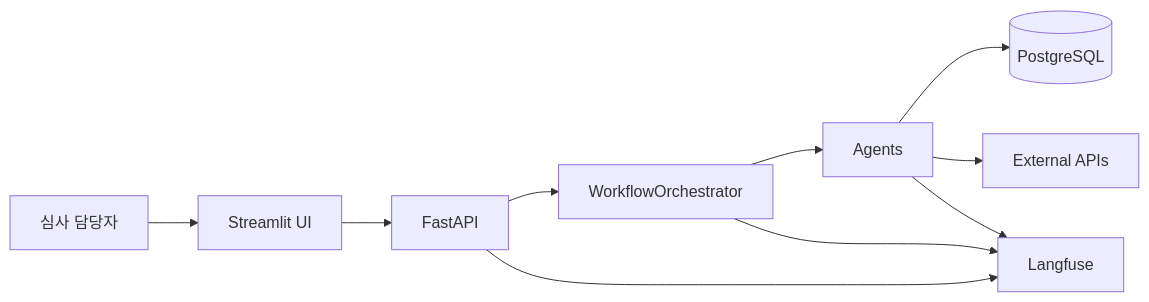
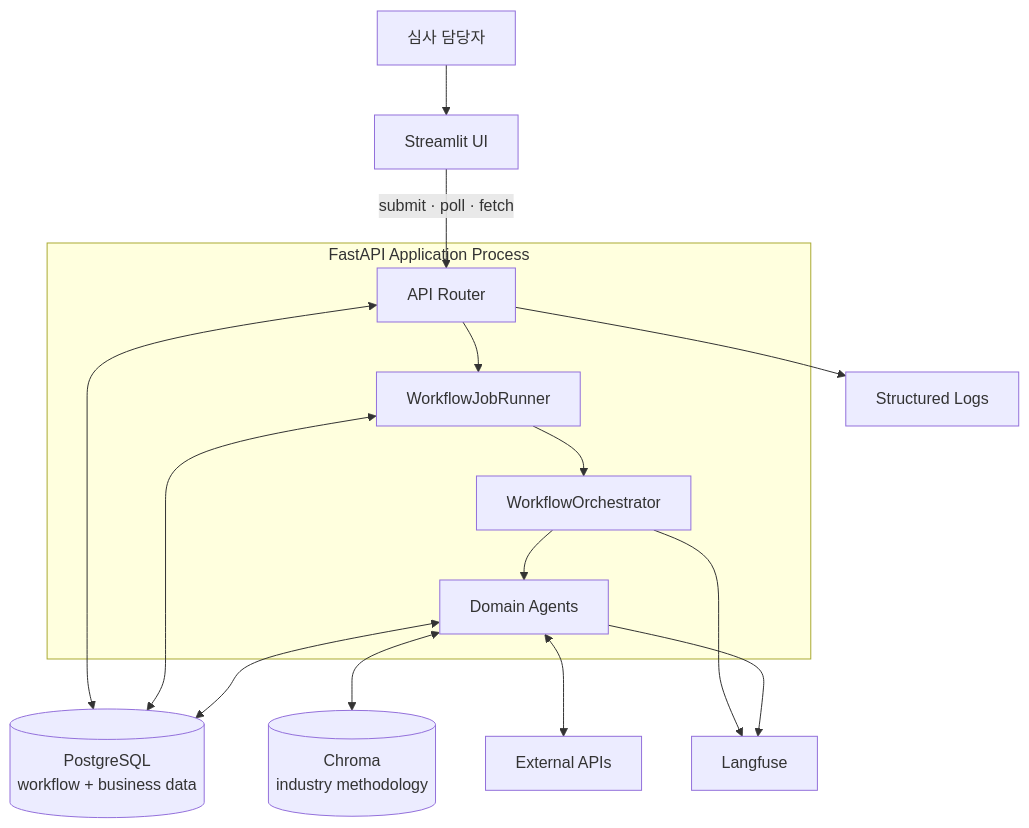
One commit to hypoxisaurea/FinAgent-SME changed the diagram in docs/design/component-design.md. Above: the diagram before and after it, drawn with Mermaid. The commit also changed other lines of this file and 6 other files, not shown here.

````diff
--- a/docs/design/component-design.md
+++ b/docs/design/component-design.md
@@ -14,21 +14,23 @@
 ```mermaid
-flowchart LR
-    User[심사 담당자]
-    UI[Streamlit UI]
-    API[FastAPI]
-    ORCH[WorkflowOrchestrator]
-    AGENTS[Agents]
-    DATA[(PostgreSQL)]
-    EXT[External APIs]
-    OBS[Langfuse]
+flowchart TB
+    User[심사 담당자] --> UI[Streamlit UI]
 
-    User --> UI
-    UI --> API
-    API --> ORCH
-    ORCH --> AGENTS
-    AGENTS --> DATA
-    AGENTS --> EXT
-    API --> OBS
-    ORCH --> OBS
-    AGENTS --> OBS
+    subgraph App[FastAPI Application Process]
+        API[API Router]
+        Runner[WorkflowJobRunner]
+        ORCH[WorkflowOrchestrator]
+        AGENTS[Domain Agents]
+        API --> Runner
+        Runner --> ORCH --> AGENTS
+    end
+
+    UI -->|submit · poll · fetch| API
+    API <--> DATA[(PostgreSQL\nworkflow + business data)]
+    Runner <--> DATA
+    AGENTS <--> DATA
+    AGENTS <--> VECTOR[(Chroma\nindustry methodology)]
+    AGENTS <--> EXT[External APIs]
+    API --> OBS[Structured Logs]
+    ORCH --> LF[Langfuse]
+    AGENTS --> LF
 ```
````
